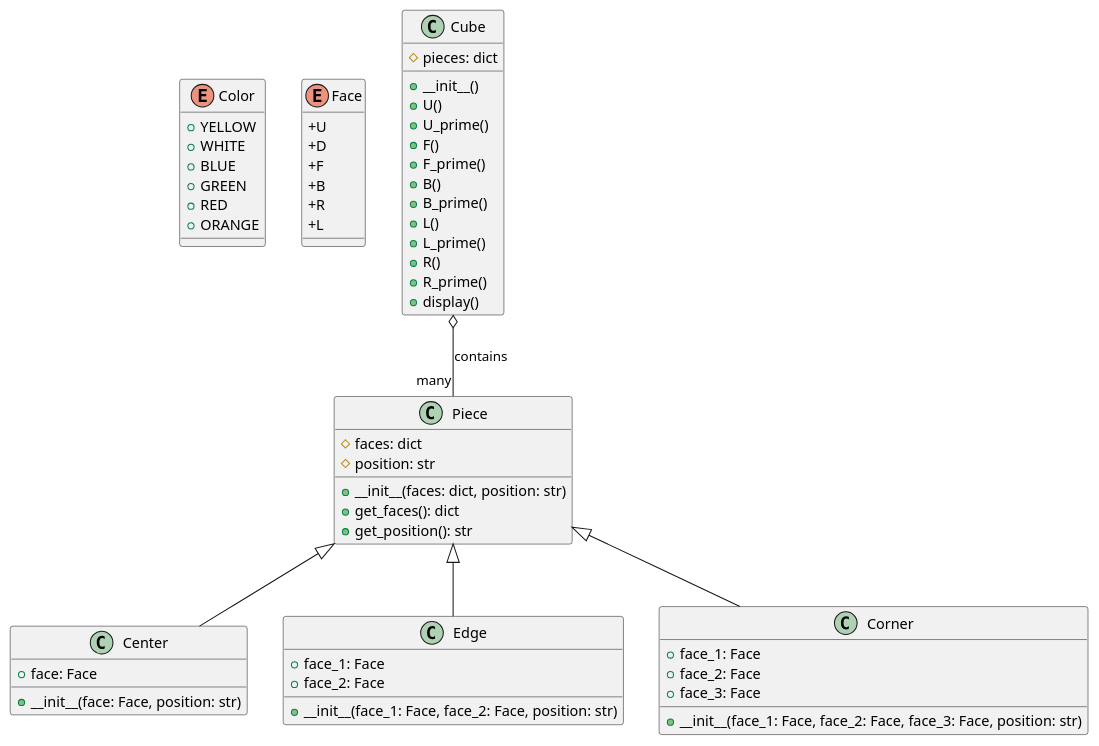
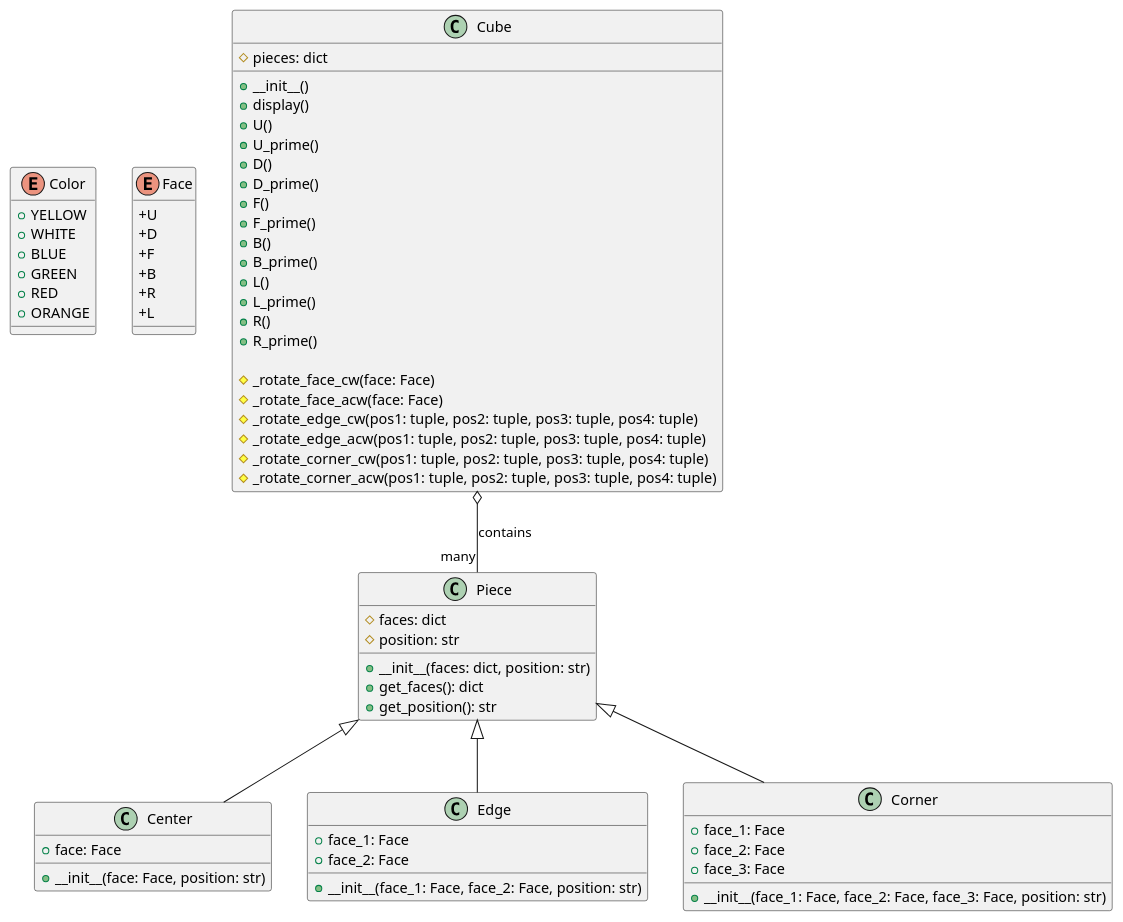
One commit to FuriousFire05/rubix-cube-solver changed the diagram in uml/rubix_cube.puml. Above: the diagram before and after it, drawn with PlantUML. The commit also changed 2 other files, not shown here.

Commit message:
Implemented Helper Functions for rotation and updated UML diagram

```diff
--- a/uml/rubix_cube.puml
+++ b/uml/rubix_cube.puml
@@ -3,76 +3,86 @@
 @startuml rubix_cube
 
 ' Define Color Enum
 enum Color {
   +YELLOW
   +WHITE
   +BLUE
   +GREEN
   +RED
   +ORANGE
 }
 
 ' Define Face Enum
 enum Face {
   +U
   +D
   +F
   +B
   +R
   +L
 }
 
 ' Define Piece Class
 class Piece {
   #faces: dict
   #position: str
   +__init__(faces: dict, position: str)
   +get_faces(): dict
   +get_position(): str
 }
 
 ' Define Center Class (inherits from Piece)
 class Center {
   +face: Face
   +__init__(face: Face, position: str)
 }
 
 ' Define Edge Class (inherits from Piece)
 class Edge {
   +face_1: Face
   +face_2: Face
   +__init__(face_1: Face, face_2: Face, position: str)
 }
 
 ' Define Corner Class (inherits from Piece)
 class Corner {
   +face_1: Face
   +face_2: Face
   +face_3: Face
   +__init__(face_1: Face, face_2: Face, face_3: Face, position: str)
 }
 
 ' Define Cube Class
 class Cube {
   #pieces: dict
+
   +__init__()
+  +display()
   +U()
   +U_prime()
+  +D()
+  +D_prime()
   +F()
   +F_prime()
   +B()
   +B_prime()
   +L()
   +L_prime()
   +R()
   +R_prime()
-  +display()
+
+  #_rotate_face_cw(face: Face)
+  #_rotate_face_acw(face: Face)
+  #_rotate_edge_cw(pos1: tuple, pos2: tuple, pos3: tuple, pos4: tuple)
+  #_rotate_edge_acw(pos1: tuple, pos2: tuple, pos3: tuple, pos4: tuple)
+  #_rotate_corner_cw(pos1: tuple, pos2: tuple, pos3: tuple, pos4: tuple)
+  #_rotate_corner_acw(pos1: tuple, pos2: tuple, pos3: tuple, pos4: tuple)
 }
 
 ' Define relationships between classes
 Piece <|-- Center
 Piece <|-- Edge
 Piece <|-- Corner
 Cube o-- "many" Piece : contains
 
 @enduml
```
